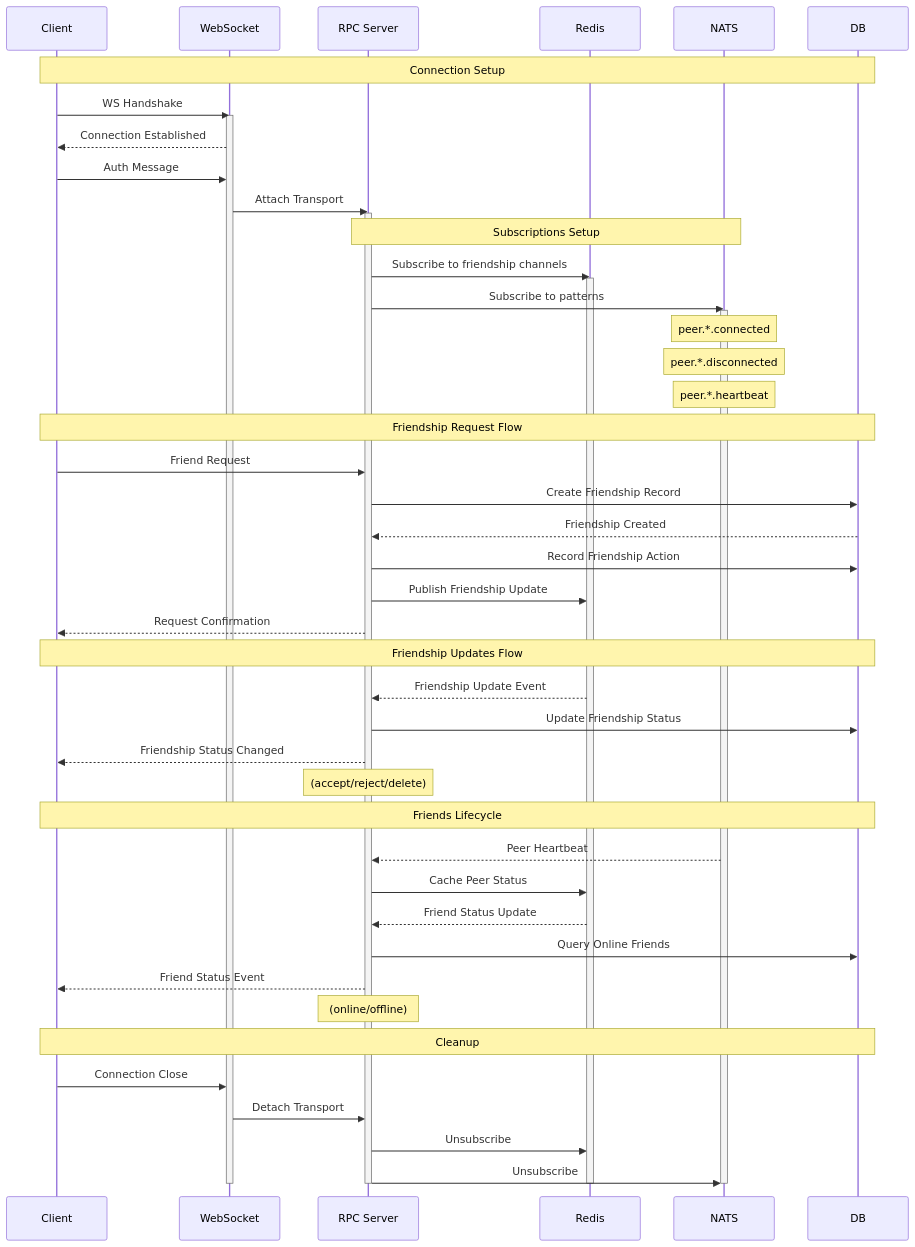
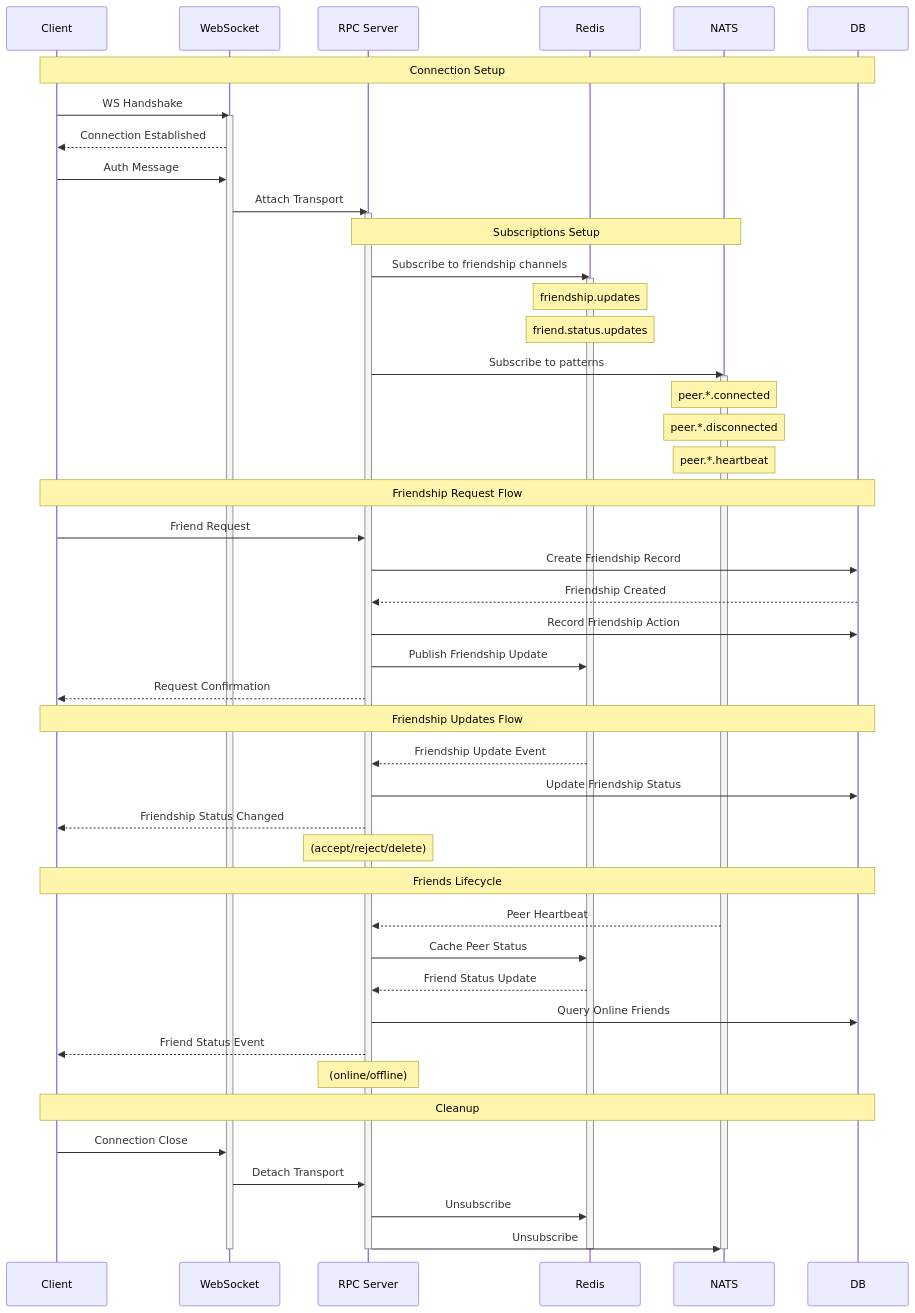
Before and after one commit to decentraland/social-service-ea: the second of 2 diagrams in README.md, drawn with Mermaid. The commit also changed 1 other file, not shown here.

Commit message:
chore: More readme improvements

````diff
--- a/README.md
+++ b/README.md
@@ -99,58 +99,60 @@
 ```mermaid
 sequenceDiagram
     participant Client
     participant WebSocket
     participant RPC Server
     participant Redis
     participant NATS
     participant DB
 
     Note over Client,DB: Connection Setup
     Client->>WebSocket: WS Handshake
     activate WebSocket
     WebSocket-->>Client: Connection Established
     Client->>WebSocket: Auth Message
     WebSocket->>RPC Server: Attach Transport
     activate RPC Server
 
     Note over RPC Server,NATS: Subscriptions Setup
     RPC Server->>Redis: Subscribe to friendship channels
     activate Redis
+    Note over Redis: friendship.updates
+    Note over Redis: friend.status.updates
     RPC Server->>NATS: Subscribe to patterns
     activate NATS
     Note over NATS: peer.*.connected
     Note over NATS: peer.*.disconnected
     Note over NATS: peer.*.heartbeat
 
     Note over Client,DB: Friendship Request Flow
     Client->>RPC Server: Friend Request
     RPC Server->>DB: Create Friendship Record
     DB-->>RPC Server: Friendship Created
     RPC Server->>DB: Record Friendship Action
     RPC Server->>Redis: Publish Friendship Update
     RPC Server-->>Client: Request Confirmation
 
     Note over Client,DB: Friendship Updates Flow
     Redis-->>RPC Server: Friendship Update Event
     RPC Server->>DB: Update Friendship Status
     RPC Server-->>Client: Friendship Status Changed
     Note over RPC Server: (accept/reject/delete)
 
     Note over Client,DB: Friends Lifecycle
     NATS-->>RPC Server: Peer Heartbeat
     RPC Server->>Redis: Cache Peer Status
     Redis-->>RPC Server: Friend Status Update
     RPC Server->>DB: Query Online Friends
     RPC Server-->>Client: Friend Status Event
     Note over RPC Server: (online/offline)
 
     Note over Client,DB: Cleanup
     Client->>WebSocket: Connection Close
     WebSocket->>RPC Server: Detach Transport
     RPC Server->>Redis: Unsubscribe
     RPC Server->>NATS: Unsubscribe
     deactivate WebSocket
     deactivate RPC Server
     deactivate Redis
     deactivate NATS
 ```
````
